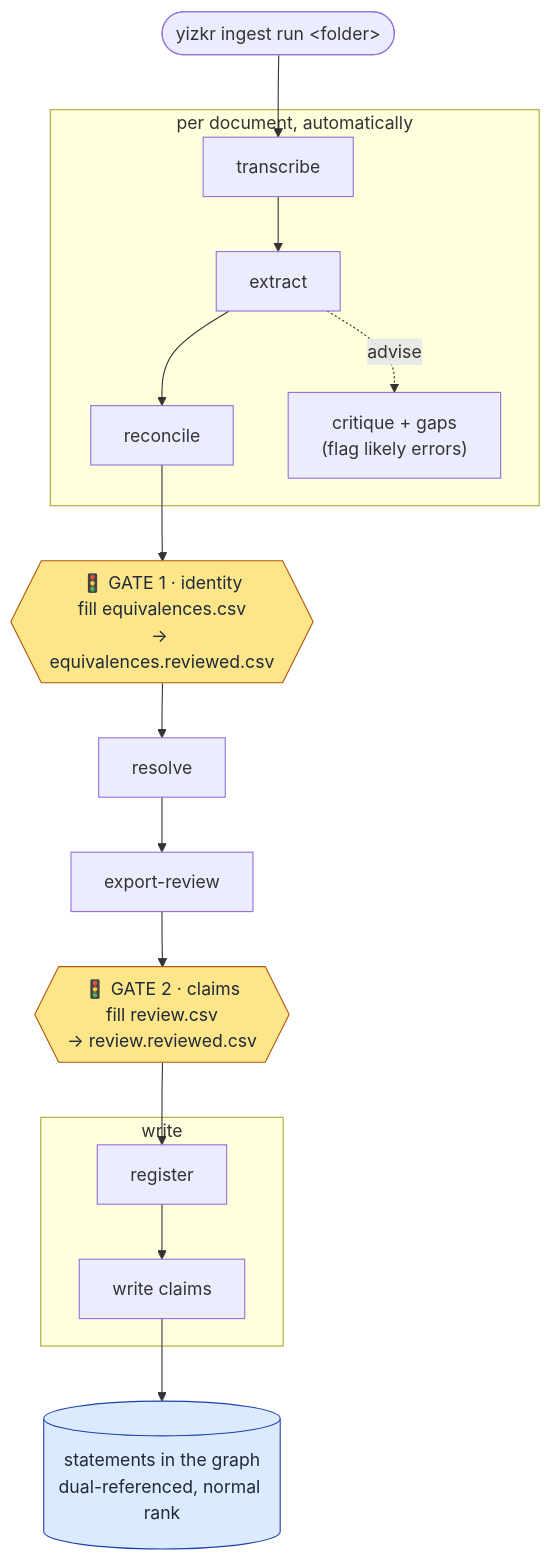
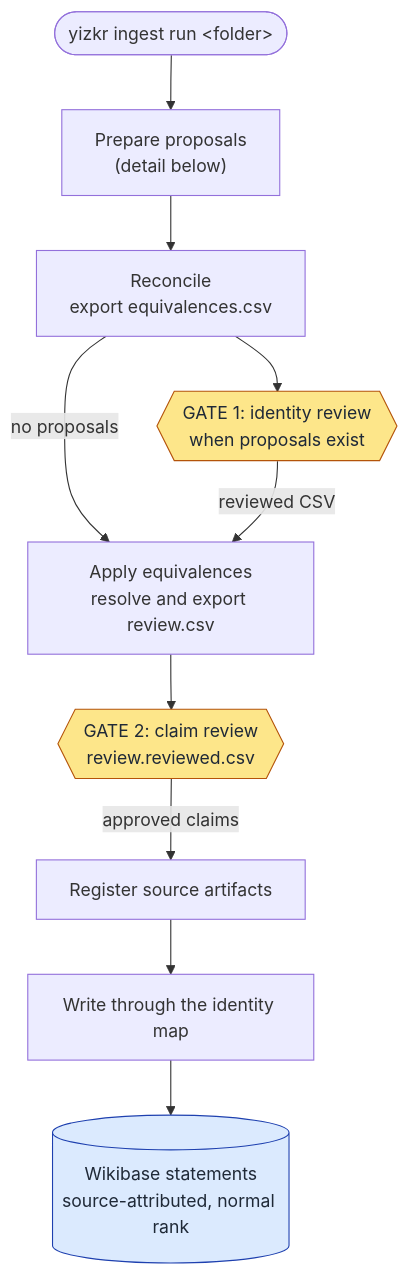
The first of 4 diagrams in src/yizkr/pipeline/README.md (WillHirsch/yizkr), drawn with Mermaid before and after one commit. The commit also changed other lines of this file and 8 other files, not shown here.

Commit message:
Add diagrammatic documentation of key architectural structures

````diff
--- a/src/yizkr/pipeline/README.md
+++ b/src/yizkr/pipeline/README.md
@@ -19,25 +24,17 @@
 ```mermaid
 flowchart TD
-    run(["yizkr ingest run &lt;folder&gt;"]) --> transcribe
-
-    subgraph auto ["per document, automatically"]
-        transcribe[transcribe] --> extract[extract] --> reconcile[reconcile]
-        extract -. advise .-> critique["critique + gaps<br/>(flag likely errors)"]
-    end
-
-    reconcile --> gate1{{"🚦 GATE 1 · identity<br/>fill equivalences.csv<br/>→ equivalences.reviewed.csv"}}
-    gate1 --> resolve[resolve] --> export[export-review]
-    export --> gate2{{"🚦 GATE 2 · claims<br/>fill review.csv<br/>→ review.reviewed.csv"}}
-    gate2 --> register
-
-    subgraph write ["write"]
-        register[register] --> claims[write claims]
-    end
-
-    claims --> outcome[("statements in the graph<br/>dual-referenced, normal rank")]
+    run(["yizkr ingest run &lt;folder&gt;"]) --> prepare["Prepare proposals<br/>(detail below)"]
+    prepare --> reconcile["Reconcile<br/>export equivalences.csv"]
+    reconcile --> gate1{{"GATE 1: identity review<br/>when proposals exist"}}
+    reconcile -->|no proposals| review["Apply equivalences<br/>resolve and export review.csv"]
+    gate1 -->|reviewed CSV| review
+    review --> gate2{{"GATE 2: claim review<br/>review.reviewed.csv"}}
+    gate2 -->|approved claims| register["Register source artifacts"]
+    register --> claims["Write through the identity map"]
+    claims --> outcome[("Wikibase statements<br/>source-attributed, normal rank")]
 
     classDef gate fill:#fde68a,stroke:#b45309,color:#1f2937;
     classDef store fill:#dbeafe,stroke:#1e40af,color:#1f2937;
     class gate1,gate2 gate
     class outcome store
 ```
````
